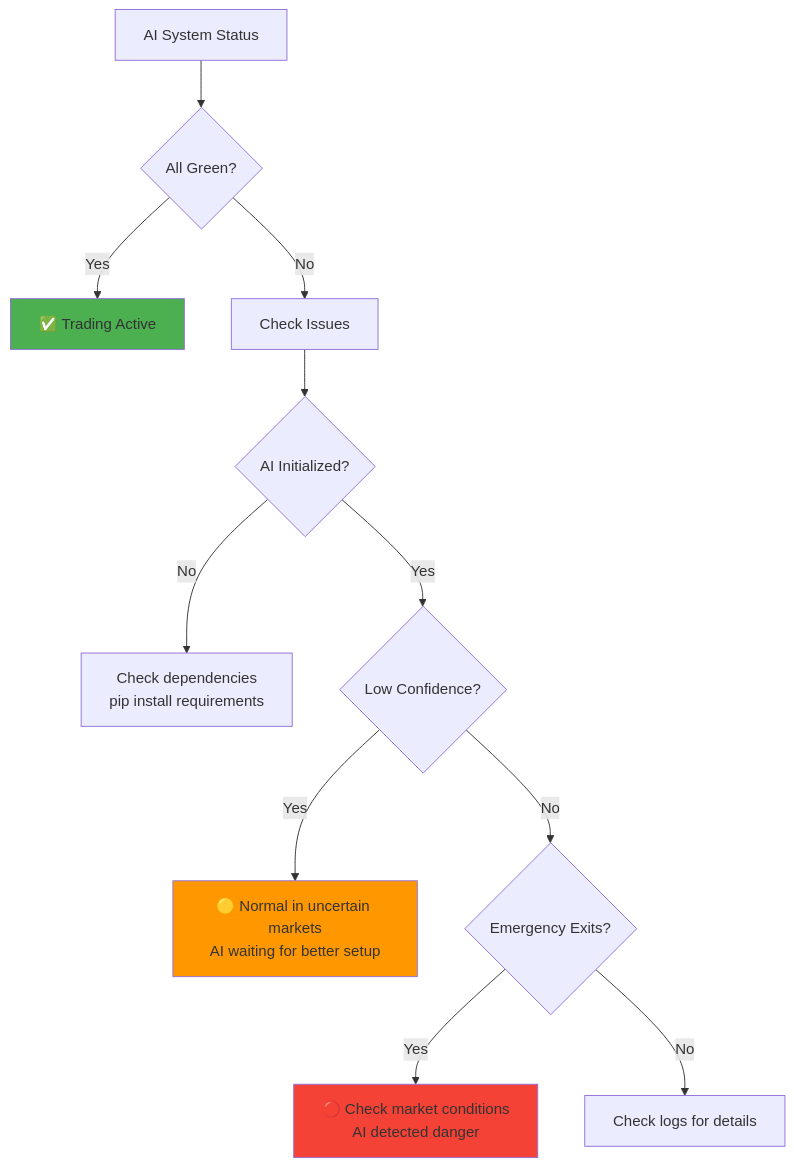
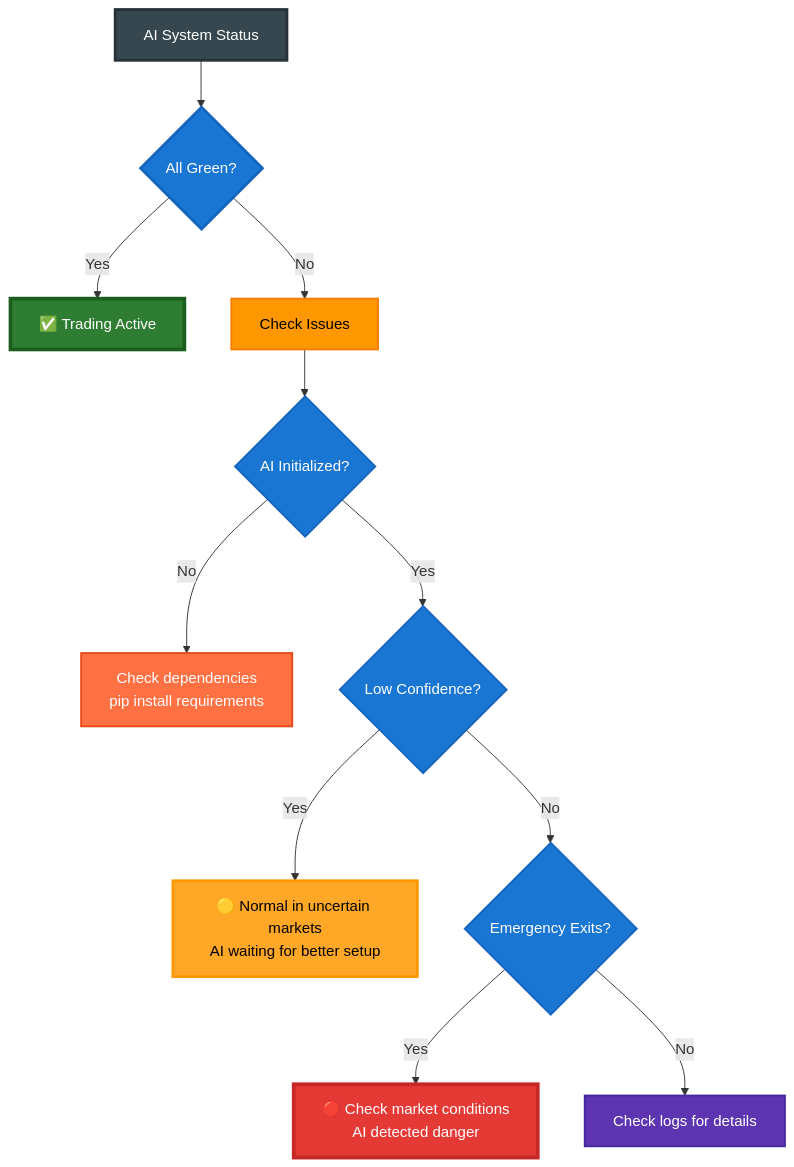
One commit to solid-computing/AI-Trading changed the fifth of 6 diagrams in AI_QUICKSTART.md. Above: the diagram before and after it, drawn with Mermaid. The commit also changed other lines of this file and 1 other file, not shown here.

Commit message:
Enhance mermaid diagrams with improved color contrast and accessibility

````diff
--- a/AI_QUICKSTART.md
+++ b/AI_QUICKSTART.md
@@ -133,20 +155,28 @@
 ```mermaid
 graph TD
     A[AI System Status] --> B{All Green?}
     B -->|Yes| C[✅ Trading Active]
     B -->|No| D[Check Issues]
     
     D --> E{AI Initialized?}
     E -->|No| F[Check dependencies<br/>pip install requirements]
     E -->|Yes| G{Low Confidence?}
     
     G -->|Yes| H[🟡 Normal in uncertain markets<br/>AI waiting for better setup]
     G -->|No| I{Emergency Exits?}
     
     I -->|Yes| J[🔴 Check market conditions<br/>AI detected danger]
     I -->|No| K[Check logs for details]
     
-    style C fill:#4caf50
-    style H fill:#ff9800
-    style J fill:#f44336
+    style A fill:#37474F,stroke:#263238,stroke-width:3px,color:#FFFFFF
+    style B fill:#1976D2,stroke:#1565C0,stroke-width:3px,color:#FFFFFF
+    style C fill:#2E7D32,stroke:#1B5E20,stroke-width:4px,color:#FFFFFF
+    style D fill:#FF9800,stroke:#F57C00,stroke-width:2px,color:#000000
+    style E fill:#1976D2,stroke:#1565C0,stroke-width:2px,color:#FFFFFF
+    style F fill:#FF7043,stroke:#E64A19,stroke-width:2px,color:#FFFFFF
+    style G fill:#1976D2,stroke:#1565C0,stroke-width:2px,color:#FFFFFF
+    style H fill:#FFA726,stroke:#FF9800,stroke-width:3px,color:#000000
+    style I fill:#1976D2,stroke:#1565C0,stroke-width:2px,color:#FFFFFF
+    style J fill:#E53935,stroke:#C62828,stroke-width:4px,color:#FFFFFF
+    style K fill:#5E35B1,stroke:#4527A0,stroke-width:2px,color:#FFFFFF
 ```
````
